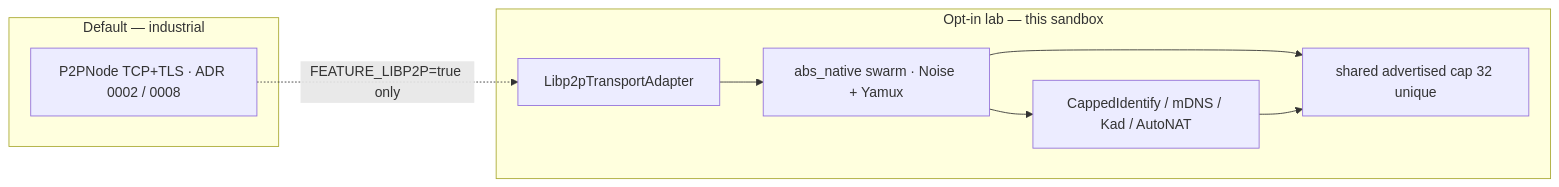
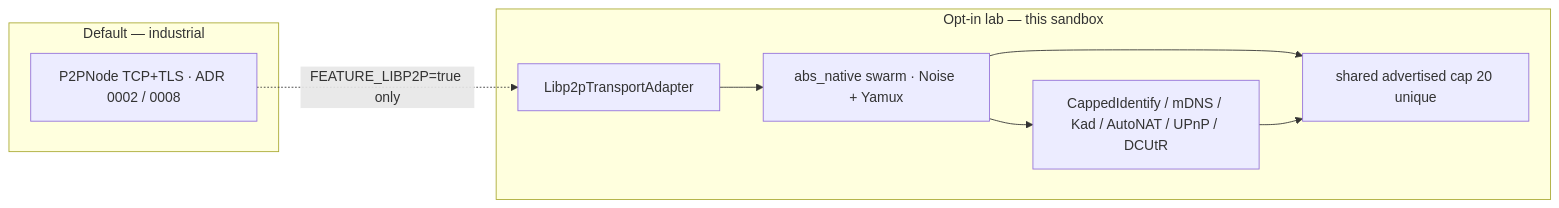
Before and after one commit to Gruver87/experimental: the third of 6 diagrams in docs/ARCHITECTURE.md, drawn with Mermaid. The commit also changed other lines of this file and 25 other files, not shown here.

````diff
--- a/docs/ARCHITECTURE.md
+++ b/docs/ARCHITECTURE.md
@@ -187,17 +187,17 @@
 ```mermaid
 flowchart LR
   subgraph def ["Default — industrial"]
     TLS["P2PNode TCP+TLS · ADR 0002 / 0008"]
   end
   subgraph lab ["Opt-in lab — this sandbox"]
     AD["Libp2pTransportAdapter"]
     SW["abs_native swarm · Noise + Yamux"]
-    CAP["shared advertised cap 32 unique"]
-    ID["CappedIdentify / mDNS / Kad / AutoNAT"]
+    CAP["shared advertised cap 20 unique"]
+    ID["CappedIdentify / mDNS / Kad / AutoNAT / UPnP / DCUtR"]
     AD --> SW
     SW --> CAP
     SW --> ID
     ID --> CAP
   end
   TLS -.->|"FEATURE_LIBP2P=true only"| AD
 ```
````
